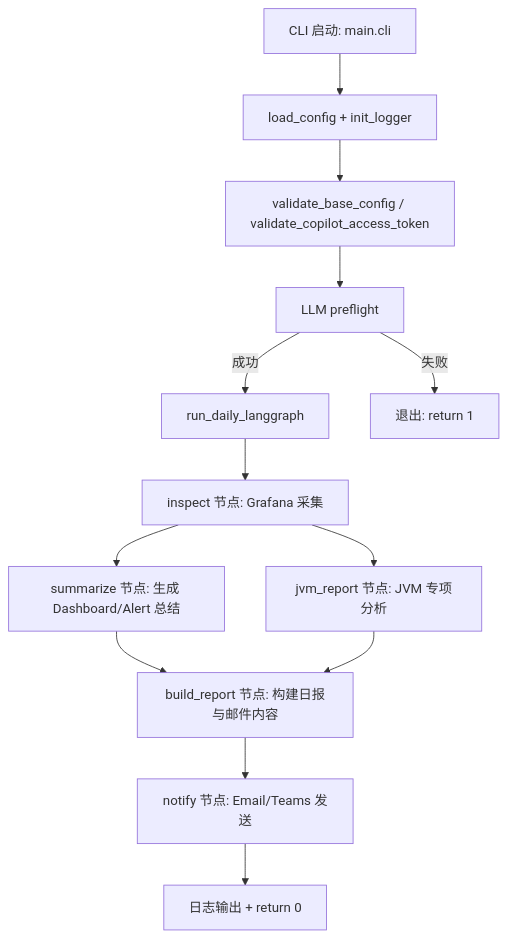
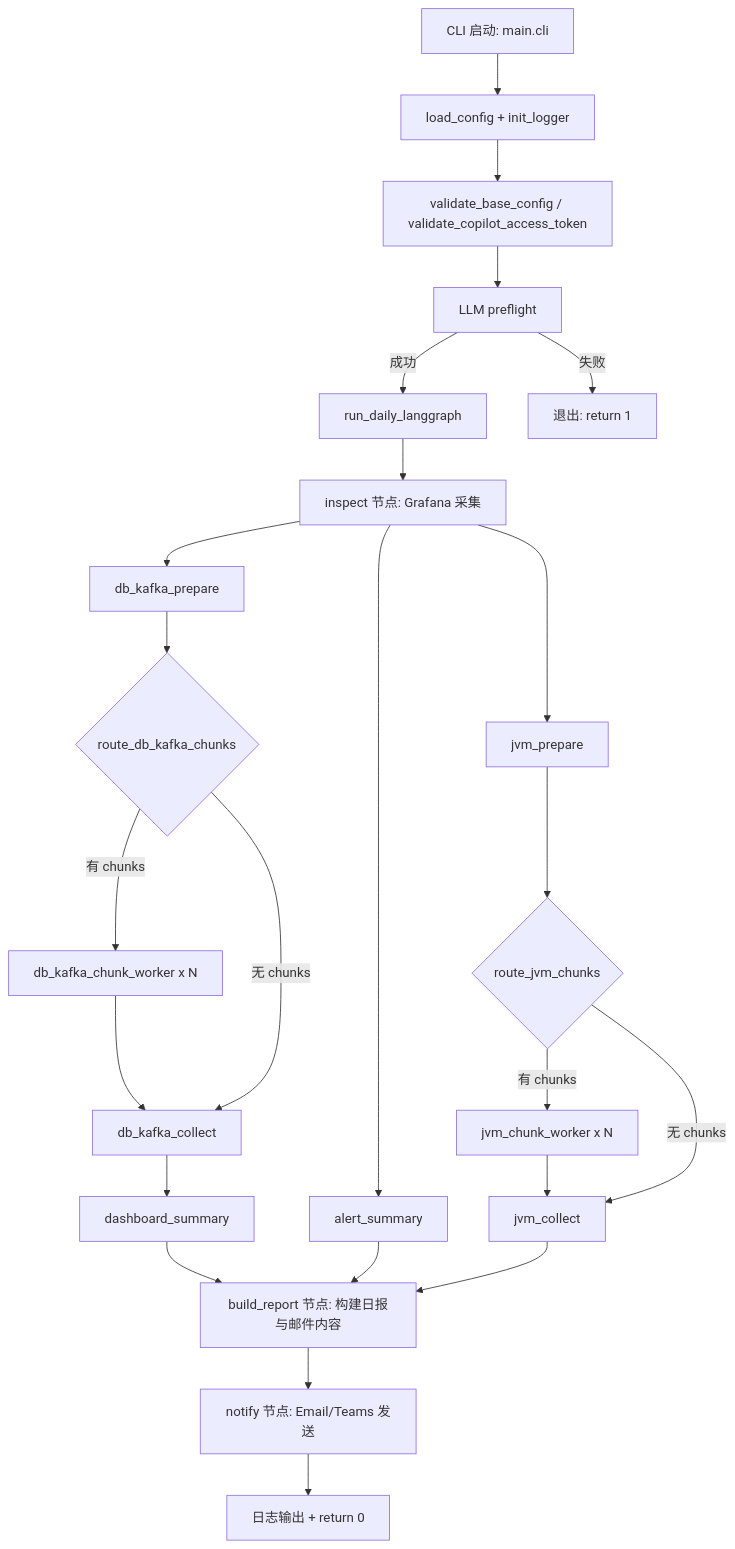
Before and after one commit to gengjie/grafana-inspection-agent: the first of 4 diagrams in ARCHITECTURE.zh-CN.md, drawn with Mermaid. The commit also changed other lines of this file and 2 other files, not shown here.

Commit message:
refactor to sub agents mode for chunk jobs

````diff
--- a/ARCHITECTURE.zh-CN.md
+++ b/ARCHITECTURE.zh-CN.md
@@ -47,16 +47,31 @@
 ```mermaid
 flowchart TD
     A[CLI 启动: main.cli] --> B[load_config + init_logger]
     B --> C[validate_base_config / validate_copilot_access_token]
     C --> D[LLM preflight]
     D -->|成功| E[run_daily_langgraph]
     D -->|失败| Z1[退出: return 1]
 
     E --> F[inspect 节点: Grafana 采集]
-    F --> G[summarize 节点: 生成 Dashboard/Alert 总结]
-    F --> H[jvm_report 节点: JVM 专项分析]
-    G --> I[build_report 节点: 构建日报与邮件内容]
-    H --> I
+
+    F --> G1[db_kafka_prepare]
+    G1 --> G2{route_db_kafka_chunks}
+    G2 -->|有 chunks| G3[db_kafka_chunk_worker x N]
+    G3 --> G4[db_kafka_collect]
+    G2 -->|无 chunks| G4
+    G4 --> G5[dashboard_summary]
+
+    F --> H1[alert_summary]
+
+    F --> J1[jvm_prepare]
+    J1 --> J2{route_jvm_chunks}
+    J2 -->|有 chunks| J3[jvm_chunk_worker x N]
+    J3 --> J4[jvm_collect]
+    J2 -->|无 chunks| J4
+
+    G5 --> I[build_report 节点: 构建日报与邮件内容]
+    H1 --> I
+    J4 --> I
     I --> J[notify 节点: Email/Teams 发送]
     J --> K[日志输出 + return 0]
 ```
````
